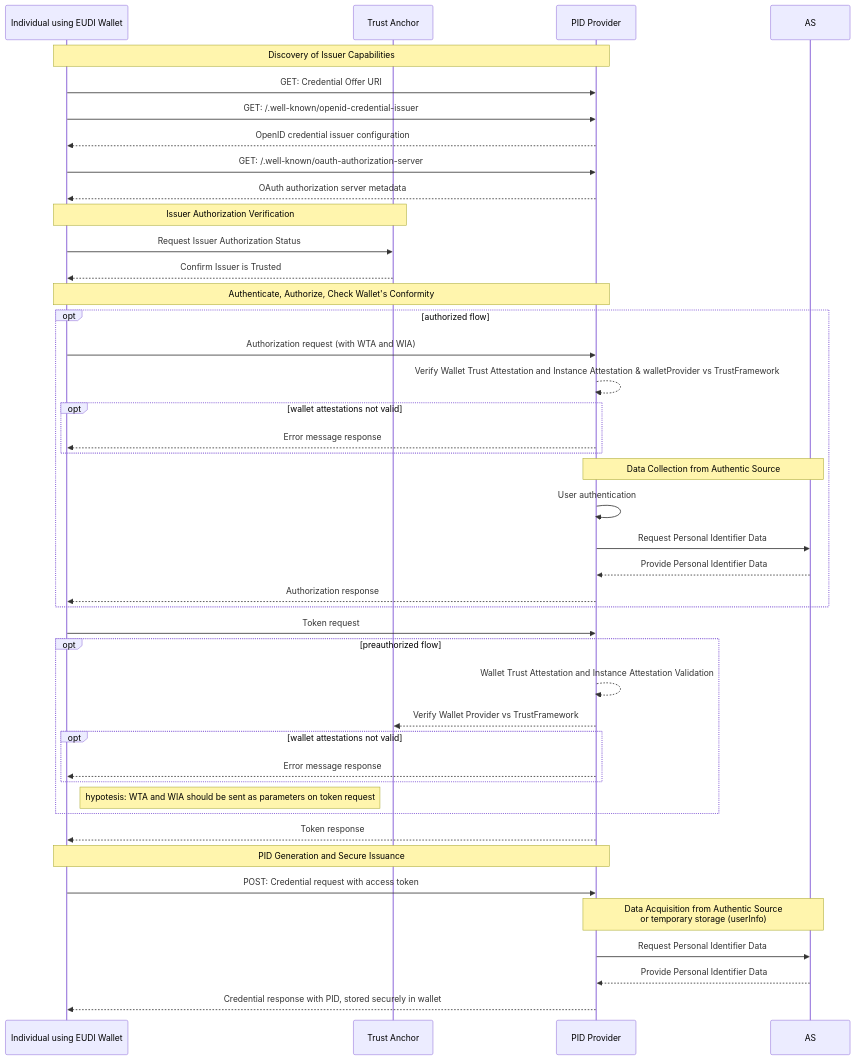
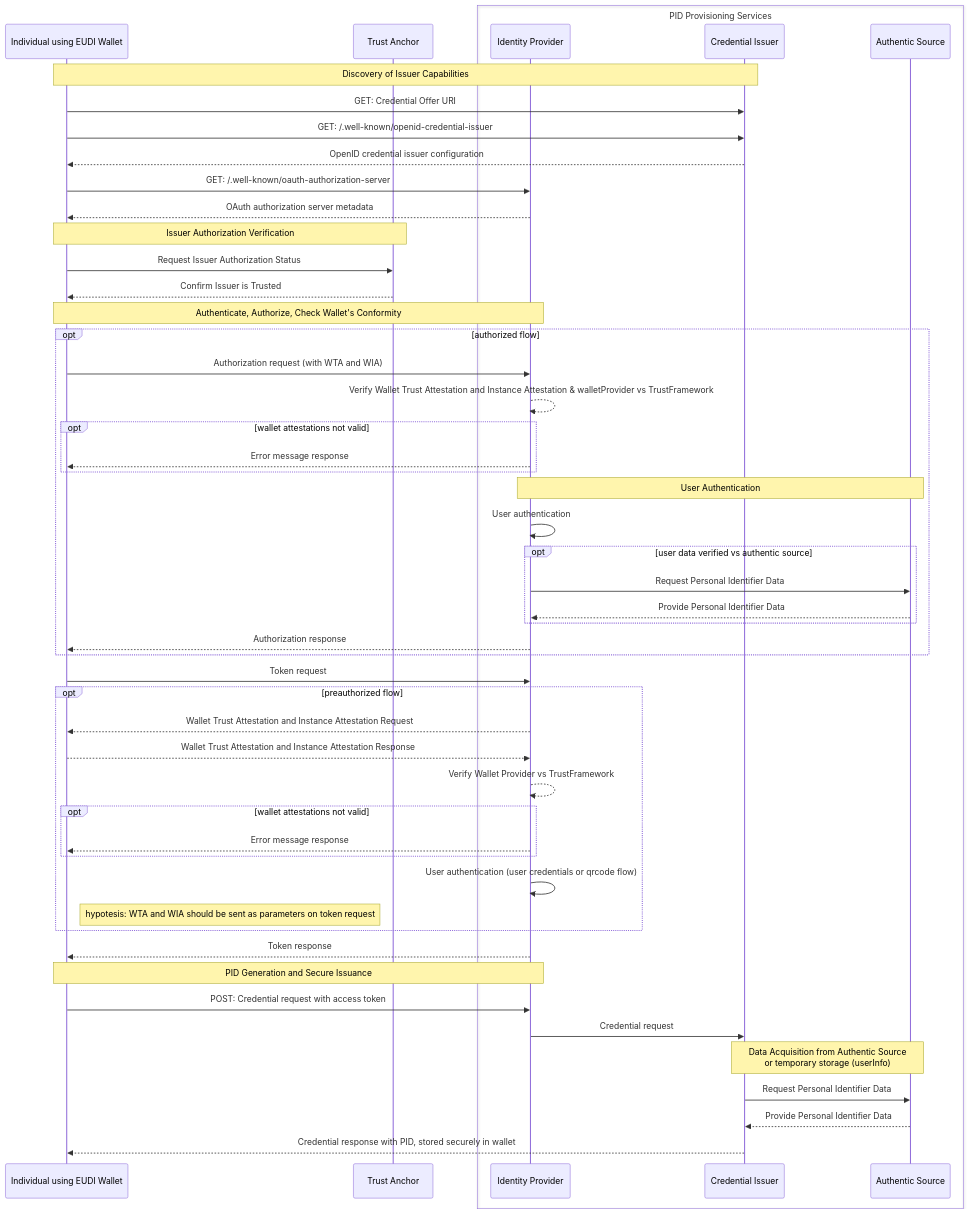
Before and after one commit to EWC-consortium/eudi-wallet-rfcs: the diagram in ewc-rfc003-issue-person-identification-data.md, drawn with Mermaid. The commit also changed other lines of this file, not shown here.

Commit message:
20241114 ewc-rfc003-issue-person-identification-data.md

````diff
--- a/ewc-rfc003-issue-person-identification-data.md
+++ b/ewc-rfc003-issue-person-identification-data.md
@@ -68,54 +68,63 @@
 ```mermaid
   sequenceDiagram
     participant I as Individual using EUDI Wallet
     participant TA as Trust Anchor
-    participant P as PID Provider
+    box PID Provisioning Services
+    participant O as Identity Provider
+    participant CI as Credential Issuer
+    participant AS as Authentic Source
+    end
     
-    Note over I,P: Discovery of Issuer Capabilities 
+    Note over I,CI: Discovery of Issuer Capabilities 
       
-    I->> P: GET: Credential Offer URI
-    I->> P: GET: /.well-known/openid-credential-issuer
-    P-->> I: OpenID credential issuer configuration
-    I->> P: GET: /.well-known/oauth-authorization-server
-    P-->>I: OAuth authorization server metadata
+    I->>CI: GET: Credential Offer URI
+    I->> CI: GET: /.well-known/openid-credential-issuer
+    CI-->> I: OpenID credential issuer configuration
+    I->> O: GET: /.well-known/oauth-authorization-server
+    O-->>I: OAuth authorization server metadata
         
     Note over I,TA: Issuer Authorization Verification
     I->>TA: Request Issuer Authorization Status
     TA-->>I: Confirm Issuer is Trusted
     
-    Note over I,P: Authenticate, Authorize, Check Wallet's Conformity
+    Note over I,O: Authenticate, Authorize, Check Wallet's Conformity
     opt authorized flow
-    I->>P: Authorization request (with WTA and WIA)
-    P-->>P: Verify Wallet Trust Attestation and Instance Attestation & walletProvider vs TrustFramework 
+    I->>O: Authorization request (with WTA and WIA)
+    O-->>O: Verify Wallet Trust Attestation and Instance Attestation & walletProvider vs TrustFramework 
     opt wallet attestations not valid
-    P-->>I: Error message response
+    O-->>I: Error message response
     end
-    Note over P,AS: Data Collection from Authentic Source
-    P->>P: User authentication
-    P->>AS: Request Personal Identifier Data
-    AS-->>P: Provide Personal Identifier Data
-    P-->>I: Authorization response 
+    Note over O,AS: User Authentication
+      O->>O: User authentication
+        opt user data verified vs authentic source
+          O->>AS: Request Personal Identifier Data
+          AS-->>O: Provide Personal Identifier Data
+      end
+      O-->>I: Authorization response 
     end
     
-    I->>P: Token request
+    I->>O: Token request
     opt preauthorized flow
-    P-->>P: Wallet Trust Attestation and Instance Attestation Validation
-    P-->>TA: Verify Wallet Provider vs TrustFramework 
-    opt wallet attestations not valid
-    P-->>I: Error message response
+      O-->>I: Wallet Trust Attestation and Instance Attestation Request
+      I-->>O: Wallet Trust Attestation and Instance Attestation Response
+      O-->>O: Verify Wallet Provider vs TrustFramework 
+        opt wallet attestations not valid
+          O-->>I: Error message response
+        end
+    
+      O->>O: User authentication (user credentials or qrcode flow)
+      Note right of I: hypotesis: WTA and WIA should be sent as parameters on token request
     end
+    O-->>I: Token response
     
-    Note right of I: hypotesis: WTA and WIA should be sent as parameters on token request
-    end
-    P-->>I: Token response
-            
-    Note over I,P: PID Generation and Secure Issuance
-    I->>P: POST: Credential request with access token
+        
+    Note over I,O: PID Generation and Secure Issuance
+    I->>O: POST: Credential request with access token
+    O->>CI: Credential request
+    Note over CI,AS: Data Acquisition from Authentic Source <BR> or temporary storage (userInfo)
+    CI->>AS: Request Personal Identifier Data
+    AS-->>CI: Provide Personal Identifier Data
     
-    Note over P,AS: Data Acquisition from Authentic Source <BR> or temporary storage (userInfo)
-    P->>AS: Request Personal Identifier Data
-    AS-->>P: Provide Personal Identifier Data
-    
-    P-->>I: Credential response with PID, stored securely in wallet
+    CI-->>I: Credential response with PID, stored securely in wallet
 
 ```
````
